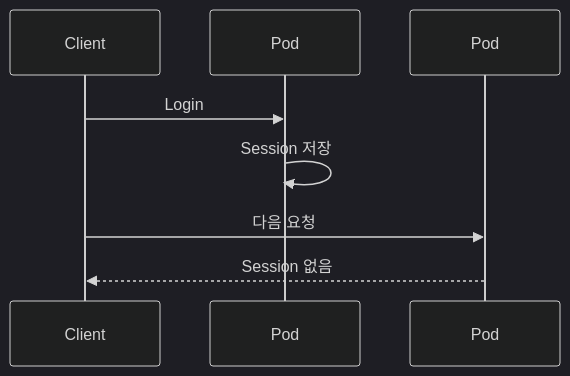
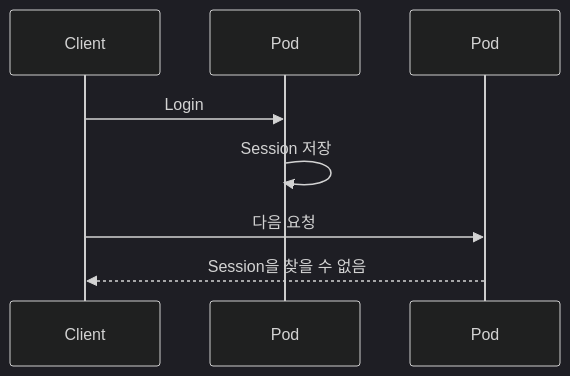
One commit to jw3418/jw3418.github.io changed the eighth of 11 diagrams in _posts/2026-08-24-kubernetes-scalability.md. Above: the diagram before and after it, drawn with Mermaid (dark theme). The commit also changed other lines of this file, not shown here.

````diff
--- a/_posts/2026-08-24-kubernetes-scalability.md
+++ b/_posts/2026-08-24-kubernetes-scalability.md
@@ -271,12 +254,12 @@
-```mermaid id="vkdf8g"
+```mermaid
 sequenceDiagram
     participant C as Client
     participant P1 as Pod #1
     participant P2 as Pod #2
 
     C->>P1: Login
     P1->>P1: Session 저장
 
     C->>P2: 다음 요청
-    P2-->>C: Session 없음
+    P2-->>C: Session을 찾을 수 없음
 ```
````
